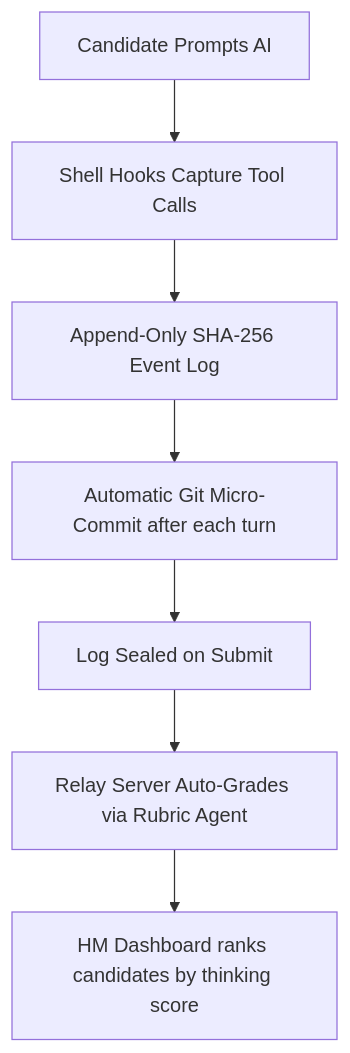
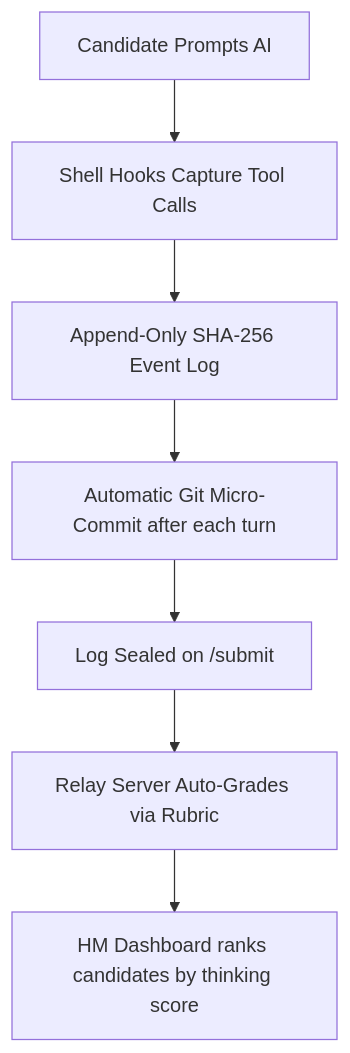
Before and after one commit to NikhilSKashyap/interviewsignal: the diagram in README.md, drawn with Mermaid. The commit also changed other lines of this file, not shown here.

Commit message:
Revert Gemini SEO rewrite, restore screenshots + visual assets, cherry-pick mermaid diagram + FAQ

````diff
--- a/README.md
+++ b/README.md
@@ -115,9 +151,9 @@
 ```mermaid
 graph TD
     A[Candidate Prompts AI] --> B[Shell Hooks Capture Tool Calls]
     B --> C[Append-Only SHA-256 Event Log]
     C --> D[Automatic Git Micro-Commit after each turn]
-    D --> E[Log Sealed on Submit]
-    E --> F[Relay Server Auto-Grades via Rubric Agent]
+    D --> E[Log Sealed on /submit]
+    E --> F[Relay Server Auto-Grades via Rubric]
     F --> G[HM Dashboard ranks candidates by thinking score]
 ```
````
